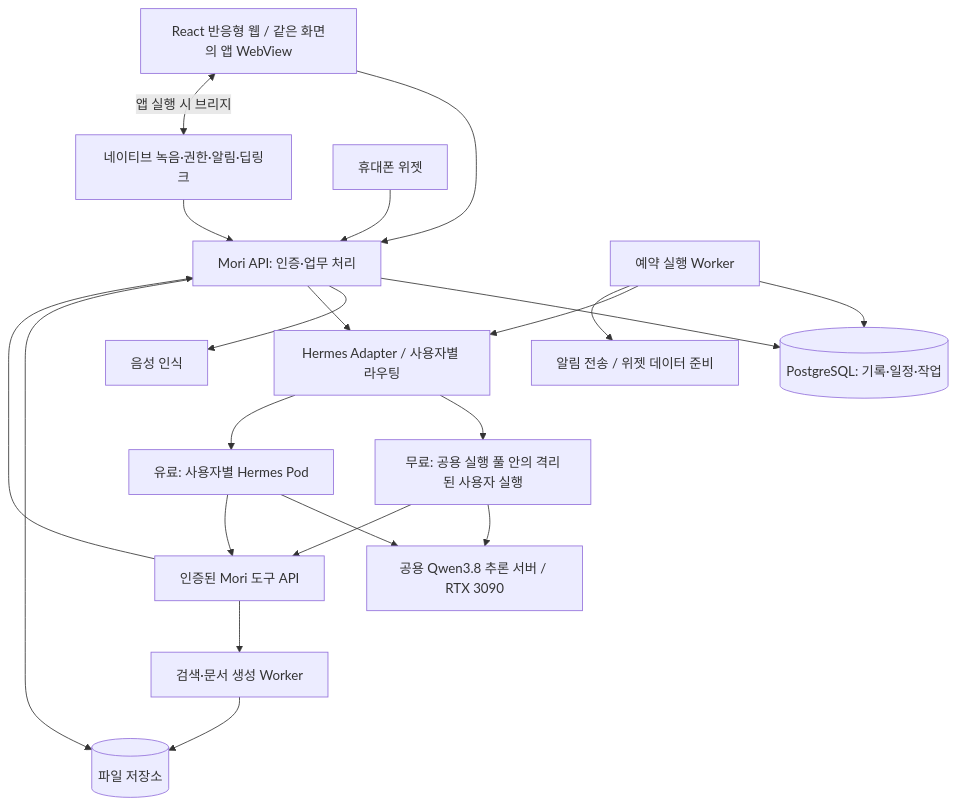
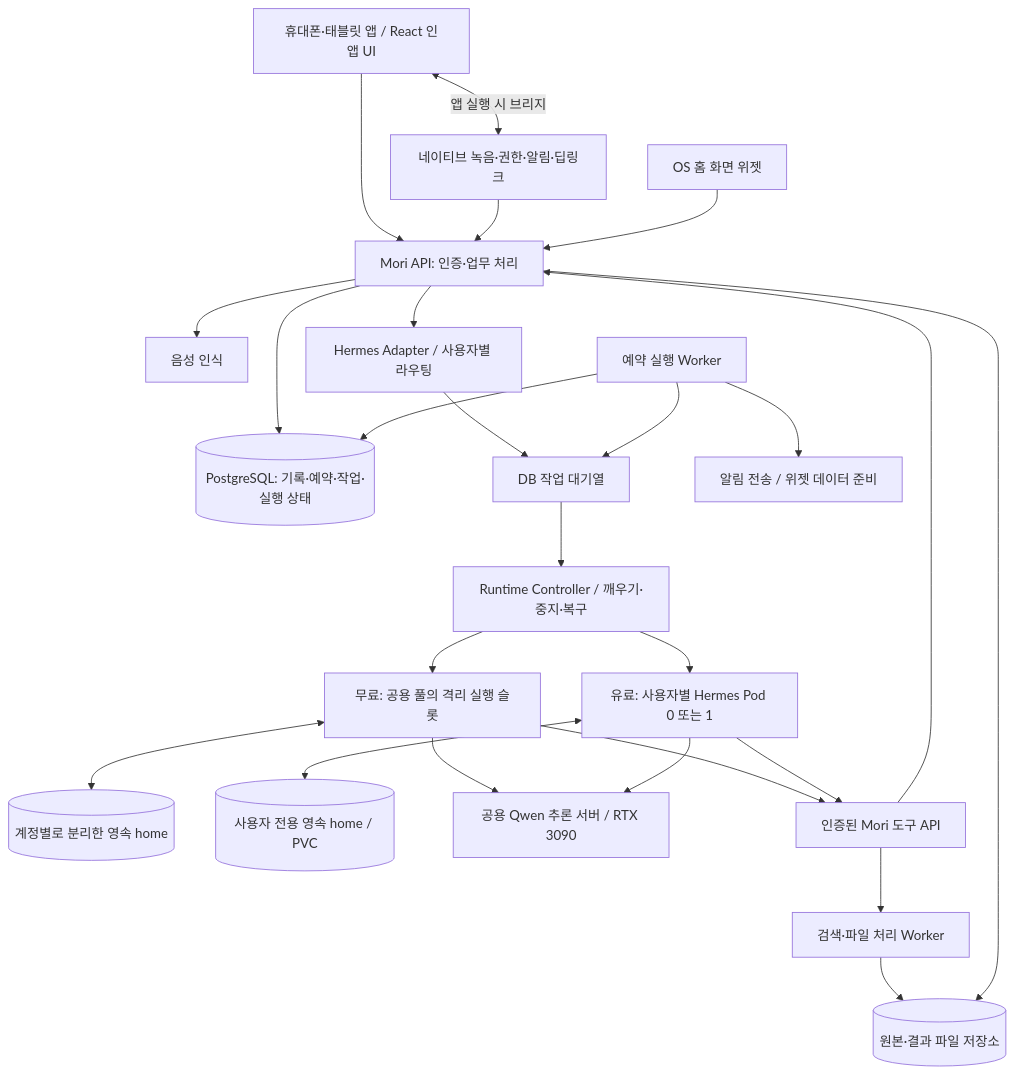
The first of 2 diagrams in architecture/plan.md (dong7314/mori), drawn with Mermaid before and after one commit. The commit also changed other lines of this file, not shown here.

Commit message:
docs(architecture): design on-demand Hermes runtimes and scheduled wakeups

````diff
--- a/architecture/plan.md
+++ b/architecture/plan.md
@@ -9,23 +9,27 @@
 ```mermaid
 flowchart TD
-    App[React 반응형 웹 / 같은 화면의 앱 WebView] --> API[Mori API: 인증·업무 처리]
+    App[휴대폰·태블릿 앱 / React 인앱 UI] --> API[Mori API: 인증·업무 처리]
     App <-->|앱 실행 시 브리지| Native[네이티브 녹음·권한·알림·딥링크]
     Native --> API
-    Widget[휴대폰 위젯] --> API
-    API --> DB[(PostgreSQL: 기록·일정·작업)]
+    Widget[OS 홈 화면 위젯] --> API
+    API --> DB[(PostgreSQL: 기록·예약·작업·실행 상태)]
     API --> STT[음성 인식]
     API --> Router[Hermes Adapter / 사용자별 라우팅]
+    Router --> Queue[DB 작업 대기열]
     Scheduler[예약 실행 Worker] --> DB
-    Scheduler --> Router
+    Scheduler --> Queue
     Scheduler --> Notify[알림 전송 / 위젯 데이터 준비]
-    Router --> Shared[무료: 공용 실행 풀 안의 격리된 사용자 실행]
-    Router --> Dedicated[유료: 사용자별 Hermes Pod]
-    Shared --> LLM[공용 Qwen3.8 추론 서버 / RTX 3090]
+    Queue --> Controller[Runtime Controller / 깨우기·중지·복구]
+    Controller --> Shared[무료: 공용 풀의 격리 실행 슬롯]
+    Controller --> Dedicated[유료: 사용자별 Hermes Pod 0 또는 1]
+    Shared <--> SharedHome[(계정별로 분리한 영속 home)]
+    Dedicated <--> Home[(사용자 전용 영속 home / PVC)]
+    Shared --> LLM[공용 Qwen 추론 서버 / RTX 3090]
     Dedicated --> LLM
     Shared --> Tools[인증된 Mori 도구 API]
     Dedicated --> Tools
     Tools --> API
-    Tools --> Jobs[검색·문서 생성 Worker]
-    Jobs --> Files[(파일 저장소)]
+    Tools --> Jobs[검색·파일 처리 Worker]
+    Jobs --> Files[(원본·결과 파일 저장소)]
     API --> Files
 ```
````
